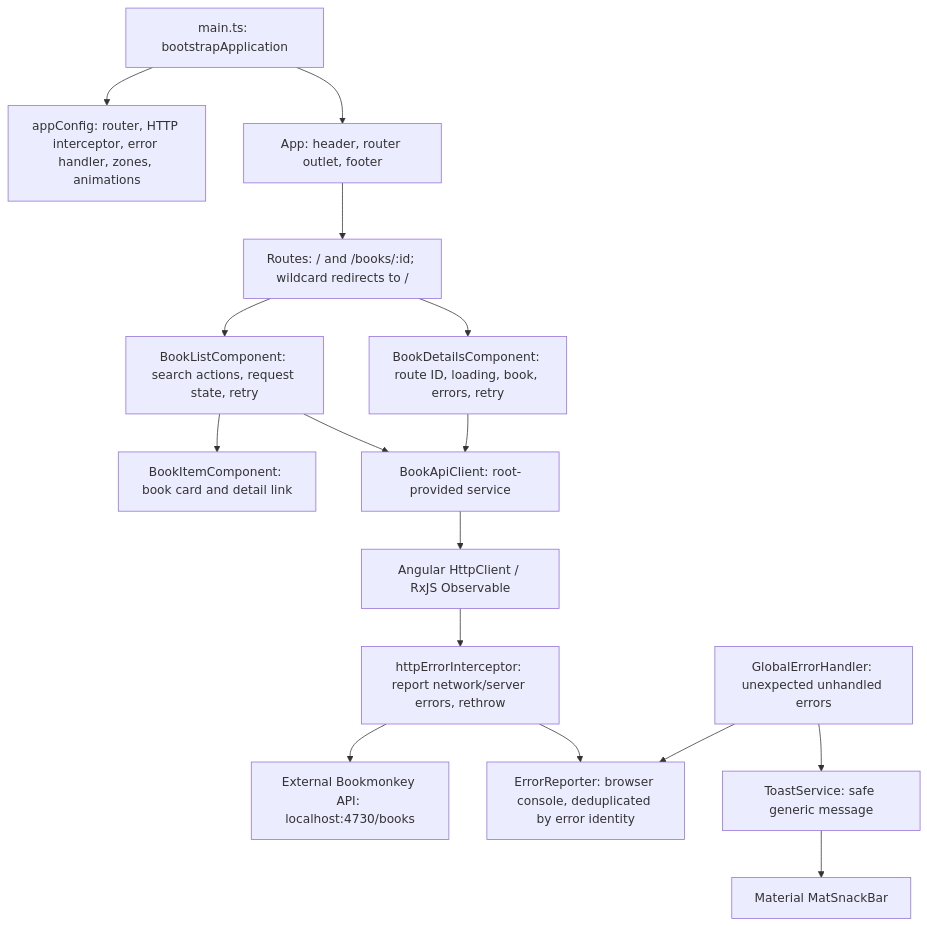
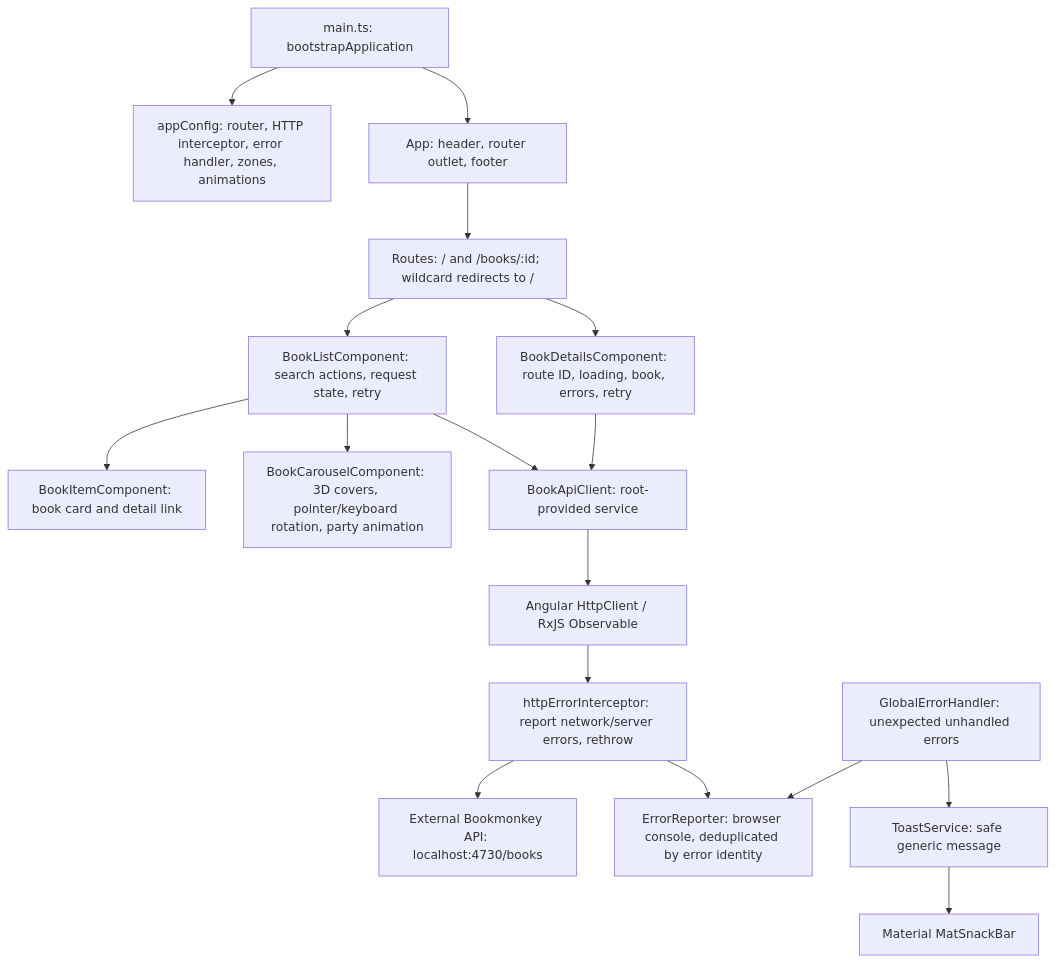
One commit to workshops-de/ki-software-engineer changed the diagram in ARCHITECTURE.md. Above: the diagram before and after it, drawn with Mermaid. The commit also changed other lines of this file and 16 other files, not shown here.

First line of the commit message:
feat: add TDD phases and book carousel component

````diff
--- a/ARCHITECTURE.md
+++ b/ARCHITECTURE.md
@@ -11,18 +11,19 @@
 ```mermaid
 flowchart TD
     Main["main.ts: bootstrapApplication"] --> Config["appConfig: router, HTTP interceptor, error handler, zones, animations"]
     Main --> App["App: header, router outlet, footer"]
     App --> Routes["Routes: / and /books/:id; wildcard redirects to /"]
     Routes --> List["BookListComponent: search actions, request state, retry"]
     Routes --> Details["BookDetailsComponent: route ID, loading, book, errors, retry"]
     List --> Item["BookItemComponent: book card and detail link"]
+    List --> Carousel["BookCarouselComponent: 3D covers, pointer/keyboard rotation, party animation"]
     List --> Client["BookApiClient: root-provided service"]
     Details --> Client
     Client --> Http["Angular HttpClient / RxJS Observable"]
     Http --> Interceptor["httpErrorInterceptor: report network/server errors, rethrow"]
     Interceptor --> API["External Bookmonkey API: localhost:4730/books"]
     Interceptor --> Reporter["ErrorReporter: browser console, deduplicated by error identity"]
     Global["GlobalErrorHandler: unexpected unhandled errors"] --> Reporter
     Global --> Toast["ToastService: safe generic message"]
     Toast --> Snack["Material MatSnackBar"]
 ```
````
